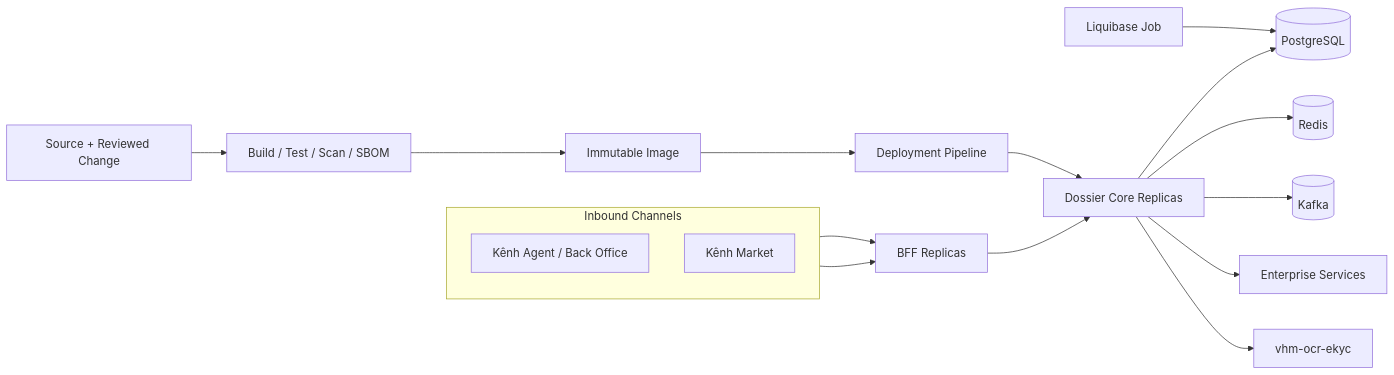
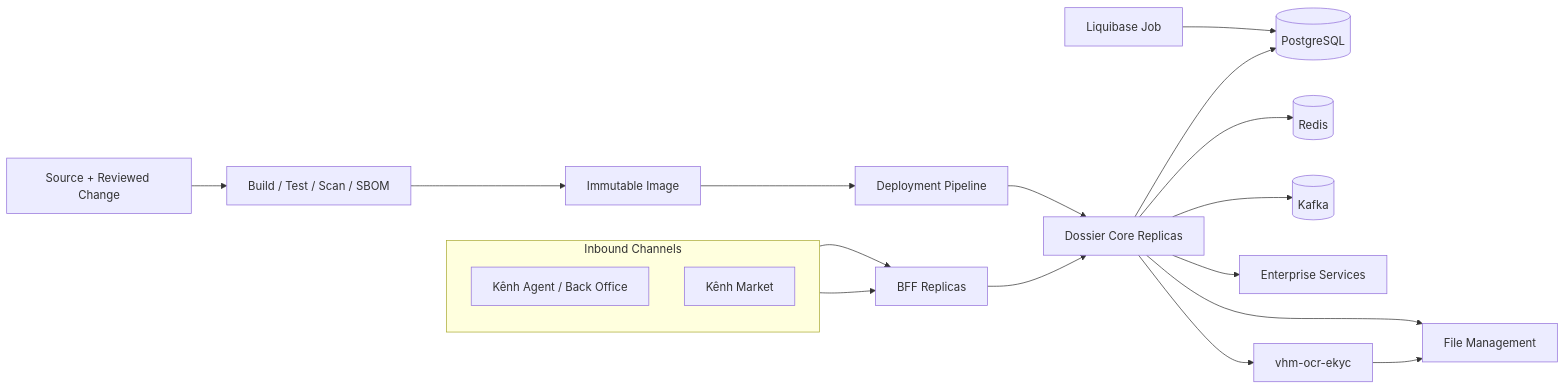
One commit to huynv-xyz/vhm changed the eighth of 8 diagrams in tdd-dossier.md. Above: the diagram before and after it, drawn with Mermaid. The commit also changed other lines of this file, not shown here.

````diff
--- a/tdd-dossier.md
+++ b/tdd-dossier.md
@@ -816,21 +850,23 @@
 ```mermaid
 flowchart LR
     Git[Source + Reviewed Change] --> CI[Build / Test / Scan / SBOM]
     CI --> Image[Immutable Image]
     Image --> Deploy[Deployment Pipeline]
     Migration[Liquibase Job] --> DB[(PostgreSQL)]
     Deploy --> Core[Dossier Core Replicas]
     Core --> DB
     Core --> Redis[(Redis)]
     Core --> Kafka[(Kafka)]
     Core --> Ext[Enterprise Services]
     subgraph Channels[Inbound Channels]
         direction TB
         Agent[Kênh Agent / Back Office]
         Market[Kênh Market]
     end
     Agent --> BFF[BFF Replicas]
     Market --> BFF
     BFF --> Core
+    Core --> File[File Management]
     Core --> OCR[vhm-ocr-ekyc]
+    OCR --> File
 ```
````
